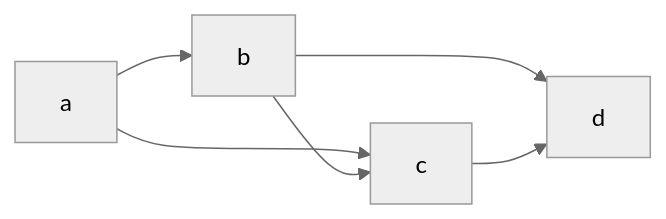
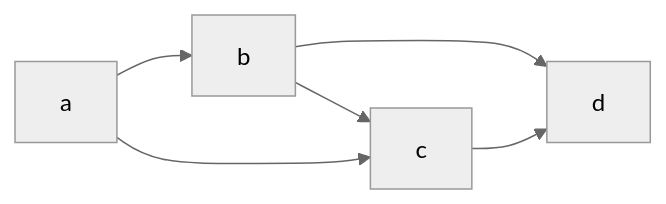
One commit to paauuuleee/tango changed the first of 2 diagrams in README.md. Above: the diagram before and after it, drawn with Mermaid (neutral theme). The commit also changed other lines of this file, not shown here.

Commit message:
Readme diagram updated.

````diff
--- a/README.md
+++ b/README.md
@@ -75,8 +75,8 @@
 ```mermaid
 graph LR;
     a-->b;
+    b-->c;
     a-->c;
-    b-->c;
     b-->d;
     c-->d;
 ```
````
